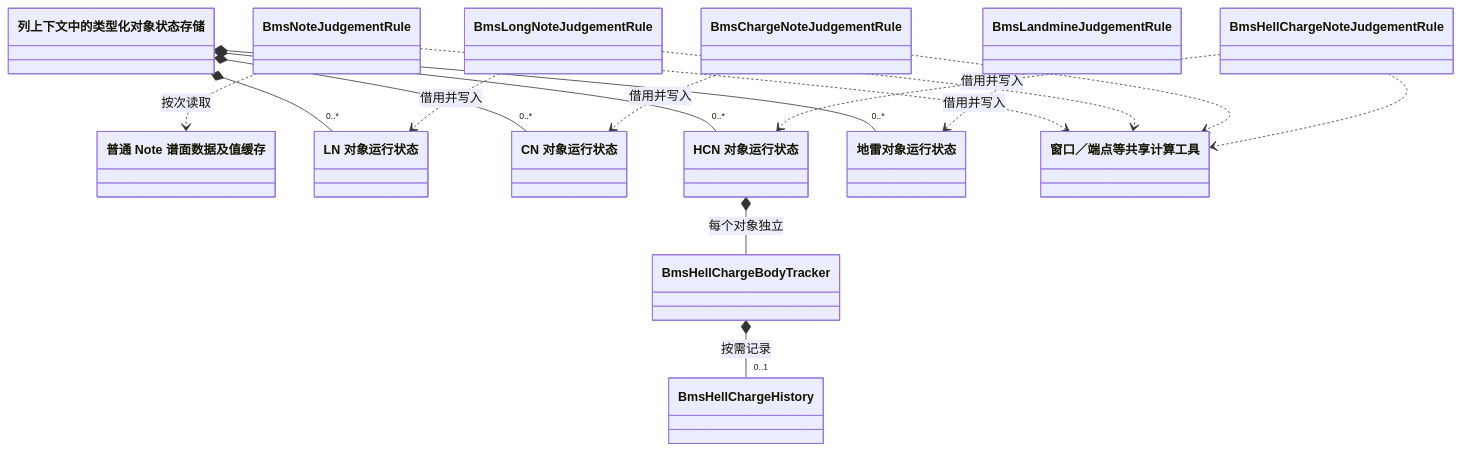
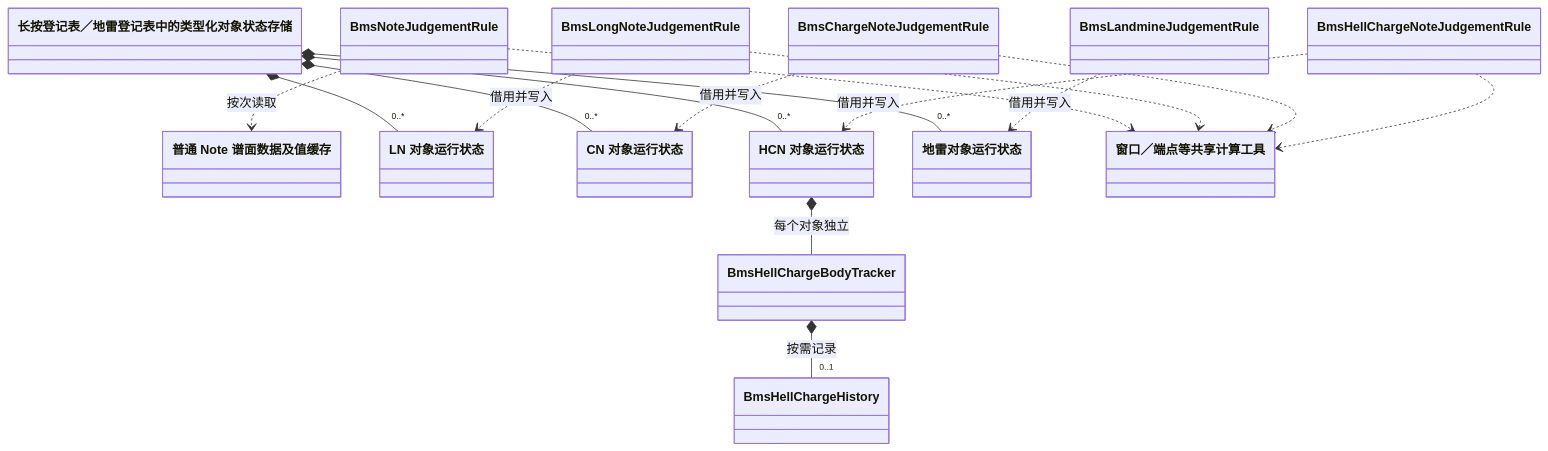
The second of 5 diagrams in docs/hitobject-refactor-plan.zh-CN.md (QingQiz/BmsRuleset), drawn with Mermaid before and after one commit. The commit also changed other lines of this file and 68 other files, not shown here.

````diff
--- a/docs/hitobject-refactor-plan.zh-CN.md
+++ b/docs/hitobject-refactor-plan.zh-CN.md
@@ -206,35 +222,35 @@
 ```mermaid
 classDiagram
     direction TB
 
-    class RuntimeStore["列上下文中的类型化对象状态存储"]
+    class RuntimeStore["长按登记表／地雷登记表中的类型化对象状态存储"]
     class BmsNoteJudgementRule
     class BmsLongNoteJudgementRule
     class BmsChargeNoteJudgementRule
     class BmsHellChargeNoteJudgementRule
     class BmsLandmineJudgementRule
     class NoteData["普通 Note 谱面数据及值缓存"]
     class LnRuntime["LN 对象运行状态"]
     class CnRuntime["CN 对象运行状态"]
     class HcnRuntime["HCN 对象运行状态"]
     class MineRuntime["地雷对象运行状态"]
     class SharedCalculations["窗口／端点等共享计算工具"]
     class BmsHellChargeBodyTracker
     class BmsHellChargeHistory
 
     RuntimeStore *-- "0..*" LnRuntime
     RuntimeStore *-- "0..*" CnRuntime
     RuntimeStore *-- "0..*" HcnRuntime
     RuntimeStore *-- "0..*" MineRuntime
     BmsNoteJudgementRule ..> NoteData : 按次读取
     BmsLongNoteJudgementRule ..> LnRuntime : 借用并写入
     BmsChargeNoteJudgementRule ..> CnRuntime : 借用并写入
     BmsHellChargeNoteJudgementRule ..> HcnRuntime : 借用并写入
     BmsLandmineJudgementRule ..> MineRuntime : 借用并写入
     BmsNoteJudgementRule ..> SharedCalculations
     BmsLongNoteJudgementRule ..> SharedCalculations
     BmsChargeNoteJudgementRule ..> SharedCalculations
     BmsHellChargeNoteJudgementRule ..> SharedCalculations
     HcnRuntime *-- BmsHellChargeBodyTracker : 每个对象独立
     BmsHellChargeBodyTracker *-- "0..1" BmsHellChargeHistory : 按需记录
 ```
````
